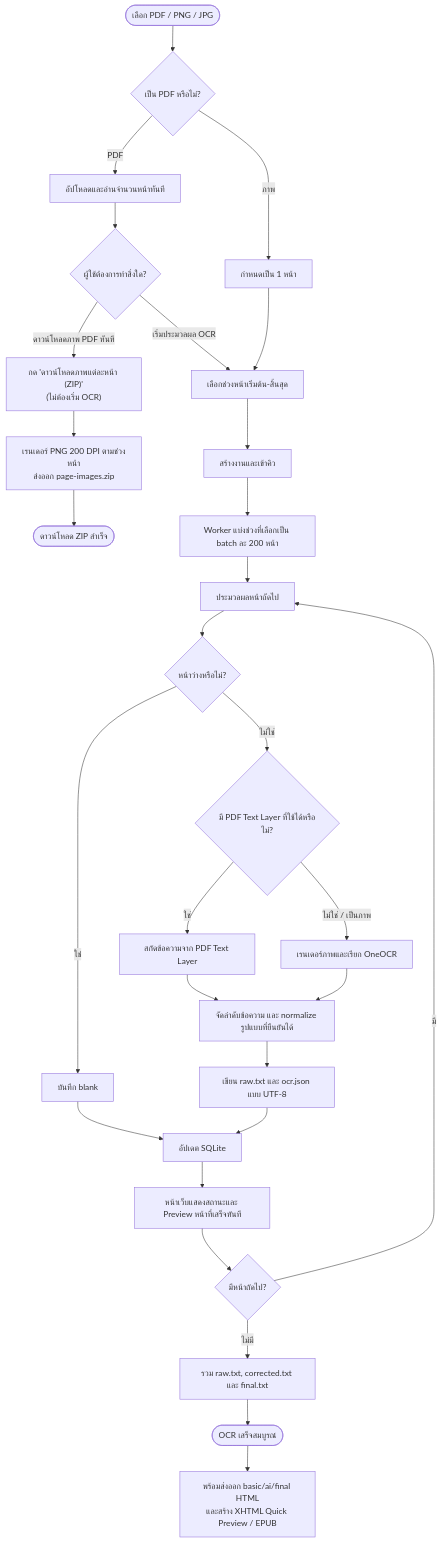
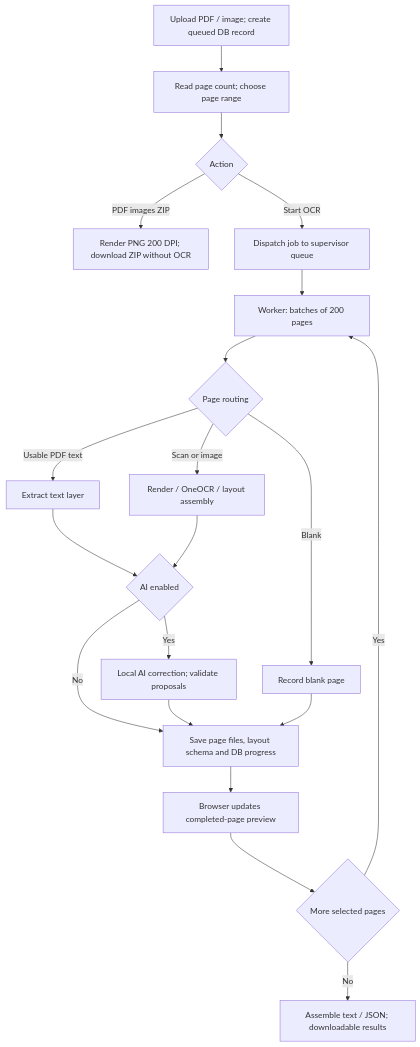
The second of 10 diagrams in readme.md (anuwatm/pdf-ocr-studio), drawn with Mermaid before and after one commit. The commit also changed other lines of this file and 70 other files, not shown here.

Commit message:
feat(phase9): add editable EPUB TOC, stable targets, cover UX, and Phase 8.1 structured layout audit

````diff
--- a/readme.md
+++ b/readme.md
@@ -181,31 +161,22 @@
 ```mermaid
 flowchart TD
-    Upload(["เลือก PDF / PNG / JPG"]) --> Pdf{"เป็น PDF หรือไม่?"}
-    Pdf -->|PDF| Count["อัปโหลดและอ่านจำนวนหน้าทันที"]
-    Pdf -->|ภาพ| ImageOne["กำหนดเป็น 1 หน้า"]
-    Count --> ChooseOption{"ผู้ใช้ต้องการทำสิ่งใด?"}
-    ChooseOption -->|ดาวน์โหลดภาพ PDF ทันที| ZipNow["กด 'ดาวน์โหลดภาพแต่ละหน้า (ZIP)'<br/>(ไม่ต้องเริ่ม OCR)"]
-    ZipNow --> RenderZip["เรนเดอร์ PNG 200 DPI ตามช่วงหน้า<br/>ส่งออก page-images.zip"]
-    RenderZip --> DoneZip(["ดาวน์โหลด ZIP สำเร็จ"])
-    ChooseOption -->|เริ่มประมวลผล OCR| Choose["เลือกช่วงหน้าเริ่มต้น-สิ้นสุด"]
-    ImageOne --> Choose
-    Choose --> Start["สร้างงานและเข้าคิว"]
-    Start --> Batch["Worker แบ่งช่วงที่เลือกเป็น batch ละ 200 หน้า"]
-    Batch --> Page["ประมวลผลหน้าถัดไป"]
-    Page --> Blank{"หน้าว่างหรือไม่?"}
-    Blank -->|ใช่| SaveBlank["บันทึก blank"]
-    Blank -->|ไม่ใช่| Route{"มี PDF Text Layer ที่ใช้ได้หรือไม่?"}
-    Route -->|ใช่| Extract["สกัดข้อความจาก PDF Text Layer"]
-    Route -->|ไม่ใช่ / เป็นภาพ| OCR["เรนเดอร์ภาพและเรียก OneOCR"]
-    Extract --> Normalize["จัดลำดับข้อความ และ normalize รูปแบบที่ยืนยันได้"]
-    OCR --> Normalize
-    Normalize --> Save["เขียน raw.txt และ ocr.json แบบ UTF-8"]
-    SaveBlank --> Update["อัปเดต SQLite"]
-    Save --> Update
-    Update --> Preview["หน้าเว็บแสดงสถานะและ Preview หน้าที่เสร็จทันที"]
-    Preview --> More{"มีหน้าถัดไป?"}
-    More -->|มี| Page
-    More -->|ไม่มี| Assemble["รวม raw.txt, corrected.txt และ final.txt"]
-    Assemble --> Finish(["OCR เสร็จสมบูรณ์"])
-    Finish --> ExportReady["พร้อมส่งออก basic/ai/final HTML<br/>และสร้าง XHTML Quick Preview / EPUB"]
+    Upload["Upload PDF / image; create queued DB record"] --> Count["Read page count; choose page range"]
+    Count --> Choice{"Action"}
+    Choice -->|PDF images ZIP| Images["Render PNG 200 DPI; download ZIP without OCR"]
+    Choice -->|Start OCR| Queue["Dispatch job to supervisor queue"]
+    Queue --> Batch["Worker: batches of 200 pages"]
+    Batch --> Page{"Page routing"}
+    Page -->|Blank| Blank["Record blank page"]
+    Page -->|Usable PDF text| Text["Extract text layer"]
+    Page -->|Scan or image| OCR["Render / OneOCR / layout assembly"]
+    Text --> Mode{"AI enabled"}
+    OCR --> Mode
+    Mode -->|Yes| AI["Local AI correction; validate proposals"]
+    Mode -->|No| Save["Save page files, layout schema and DB progress"]
+    AI --> Save
+    Blank --> Save
+    Save --> Preview["Browser updates completed-page preview"]
+    Preview --> More{"More selected pages"}
+    More -->|Yes| Batch
+    More -->|No| Final["Assemble text / JSON; downloadable results"]
 ```
````
